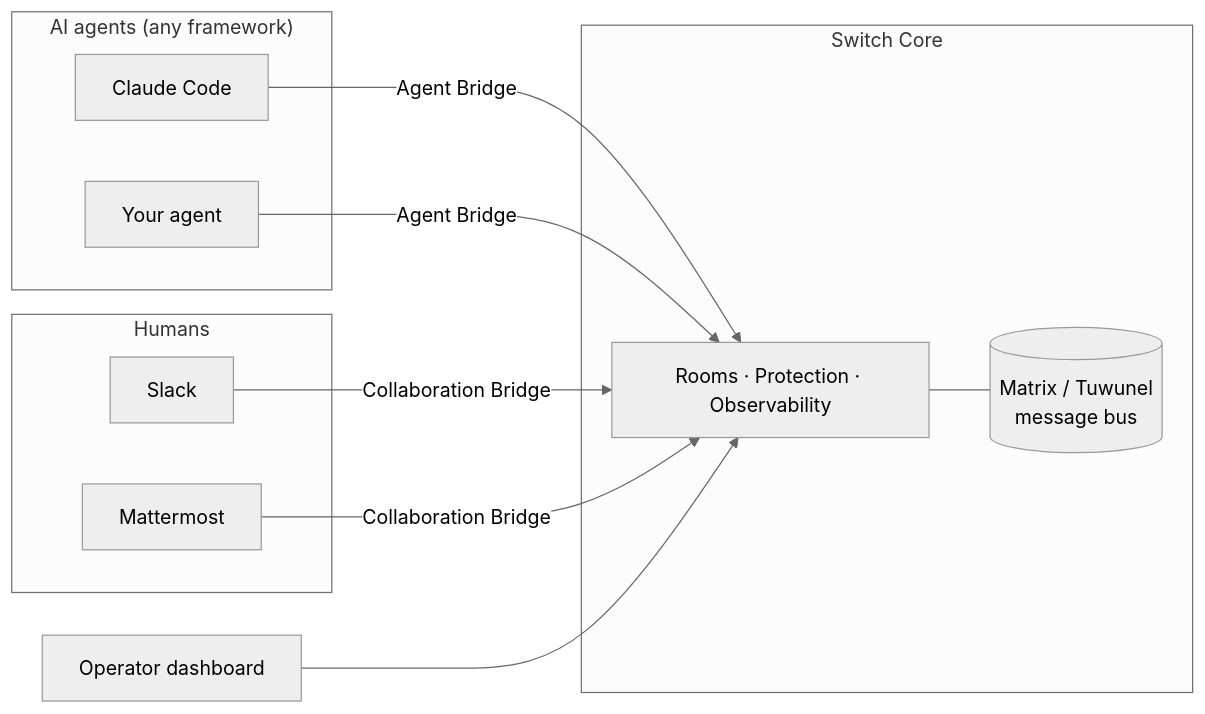
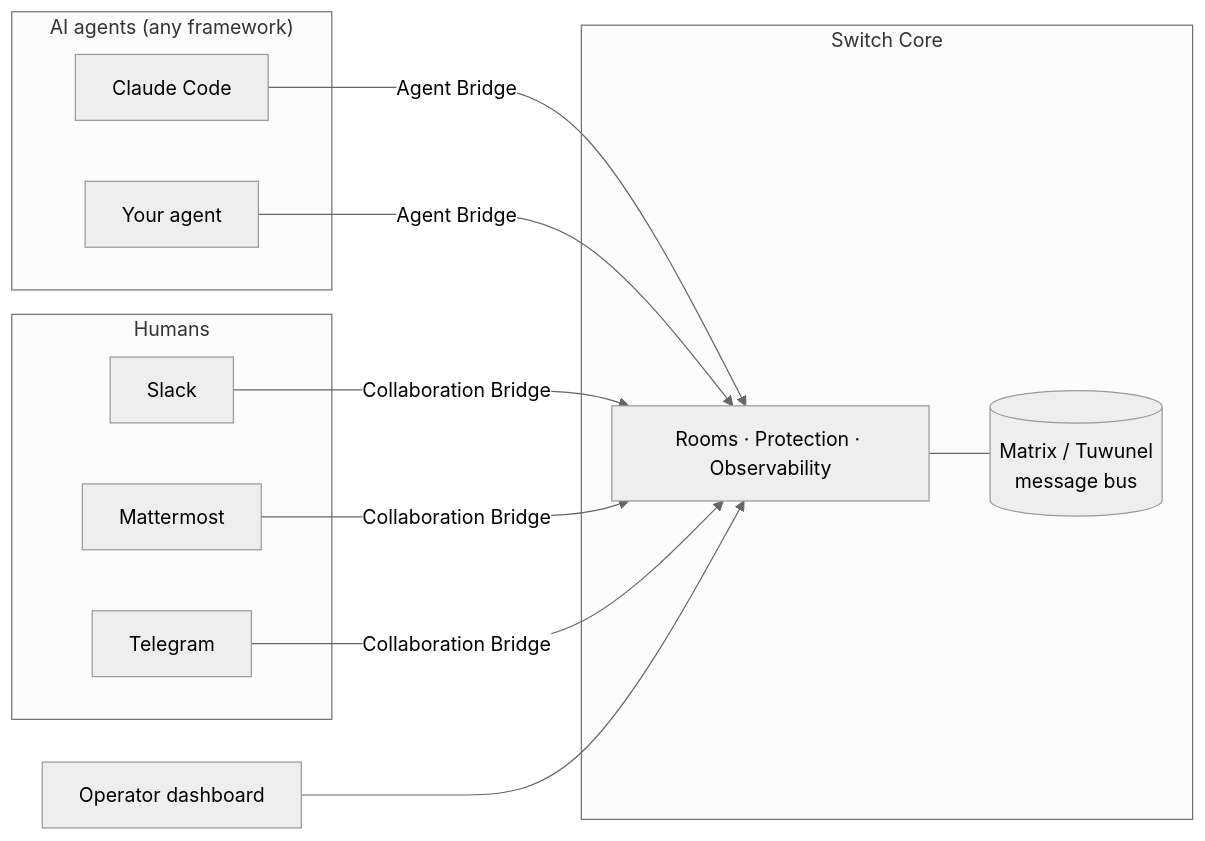
The diagram in README.md (sandbox-quantum/switch), drawn with Mermaid (neutral theme) before and after one commit. The commit also changed 12 other files, not shown here.

````diff
--- a/README.md
+++ b/README.md
@@ -30,24 +30,26 @@
 ```mermaid
 flowchart LR
     subgraph Agents["AI agents (any framework)"]
         A1[Claude Code]
         A2[Your agent]
     end
     subgraph Humans["Humans"]
         H1[Slack]
         H2[Mattermost]
+        H3[Telegram]
     end
 
     A1 -->|Agent Bridge| CORE
     A2 -->|Agent Bridge| CORE
     H1 -->|Collaboration Bridge| CORE
     H2 -->|Collaboration Bridge| CORE
+    H3 -->|Collaboration Bridge| CORE
 
     subgraph Switch["Switch Core"]
         CORE[Rooms · Protection · Observability]
         BUS[(Matrix / Tuwunel<br/>message bus)]
         CORE --- BUS
     end
 
     GW[Operator dashboard] --> CORE
 ```
````
